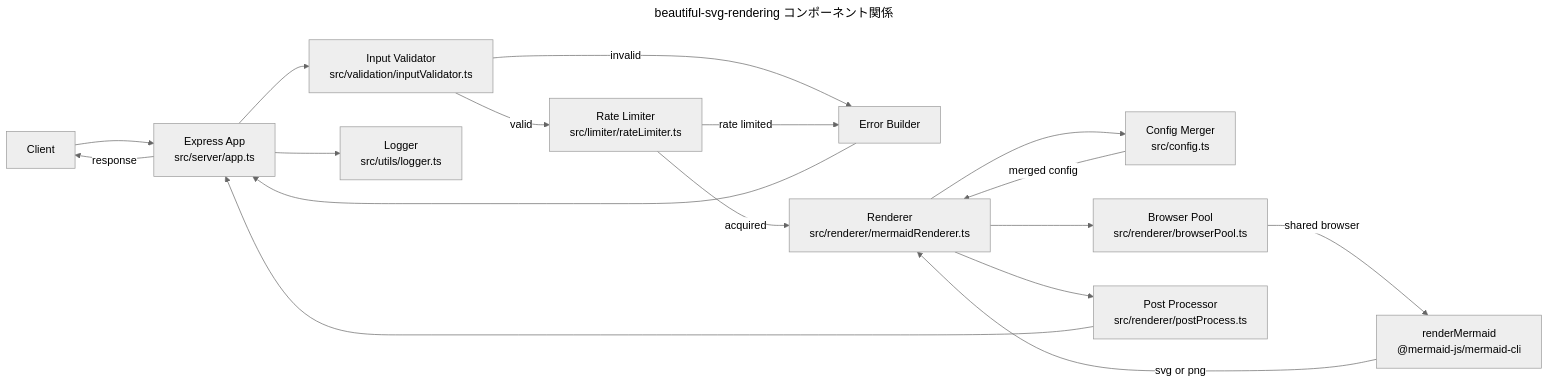
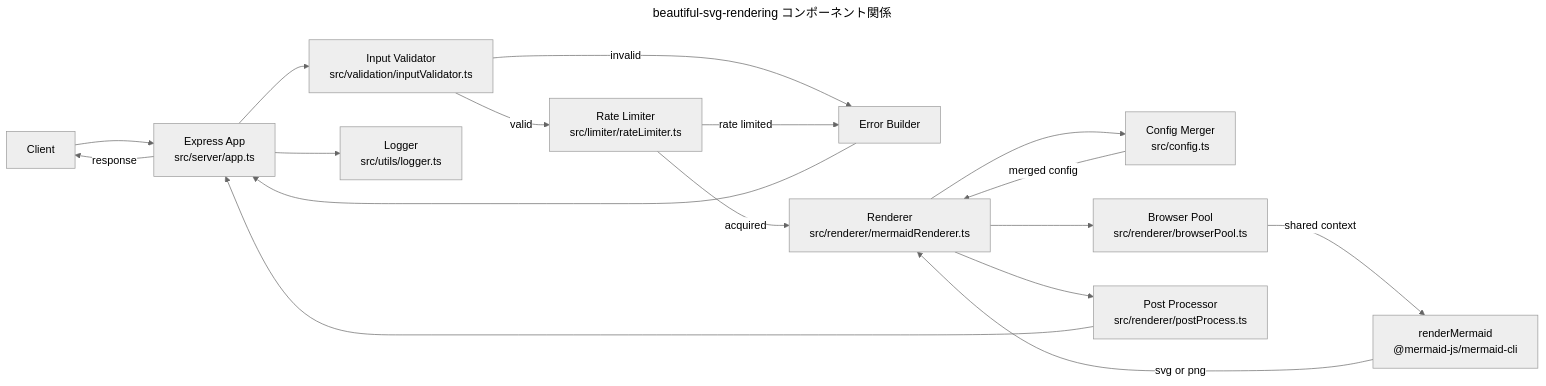
One commit to hirokun-hub/mermaid-render-api changed the first of 4 diagrams in .kiro/specs/beautiful-svg-rendering/design.md. Above: the diagram before and after it, drawn with Mermaid. The commit also changed other lines of this file and 1 other file, not shown here.

First line of the commit message:
docs(spec): BrowserContext 寄せ後の用語残り + 警告分類整合性を修正

````diff
--- a/.kiro/specs/beautiful-svg-rendering/design.md
+++ b/.kiro/specs/beautiful-svg-rendering/design.md
@@ -43,26 +43,26 @@
 ```mermaid
 ---
 title: "beautiful-svg-rendering コンポーネント関係"
 config:
   theme: neutral
   sequence:
     showSequenceNumbers: true
 ---
 flowchart LR
   Client["Client"] --> App["Express App<br>src/server/app.ts"]
   App --> Validator["Input Validator<br>src/validation/inputValidator.ts"]
   Validator -->|"valid"| Limiter["Rate Limiter<br>src/limiter/rateLimiter.ts"]
   Validator -->|"invalid"| ErrorBuilder["Error Builder"]
   Limiter -->|"acquired"| Renderer["Renderer<br>src/renderer/mermaidRenderer.ts"]
   Limiter -->|"rate limited"| ErrorBuilder
   Renderer --> Merger["Config Merger<br>src/config.ts"]
   Merger -->|"merged config"| Renderer
   Renderer --> Pool["Browser Pool<br>src/renderer/browserPool.ts"]
-  Pool -->|"shared browser"| Mermaid["renderMermaid<br>@mermaid-js/mermaid-cli"]
+  Pool -->|"shared context"| Mermaid["renderMermaid<br>@mermaid-js/mermaid-cli"]
   Mermaid -->|"svg or png"| Renderer
   Renderer --> PostProcess["Post Processor<br>src/renderer/postProcess.ts"]
   PostProcess --> App
   App --> Logger["Logger<br>src/utils/logger.ts"]
   ErrorBuilder --> App
   App -->|"response"| Client
 ```
````
